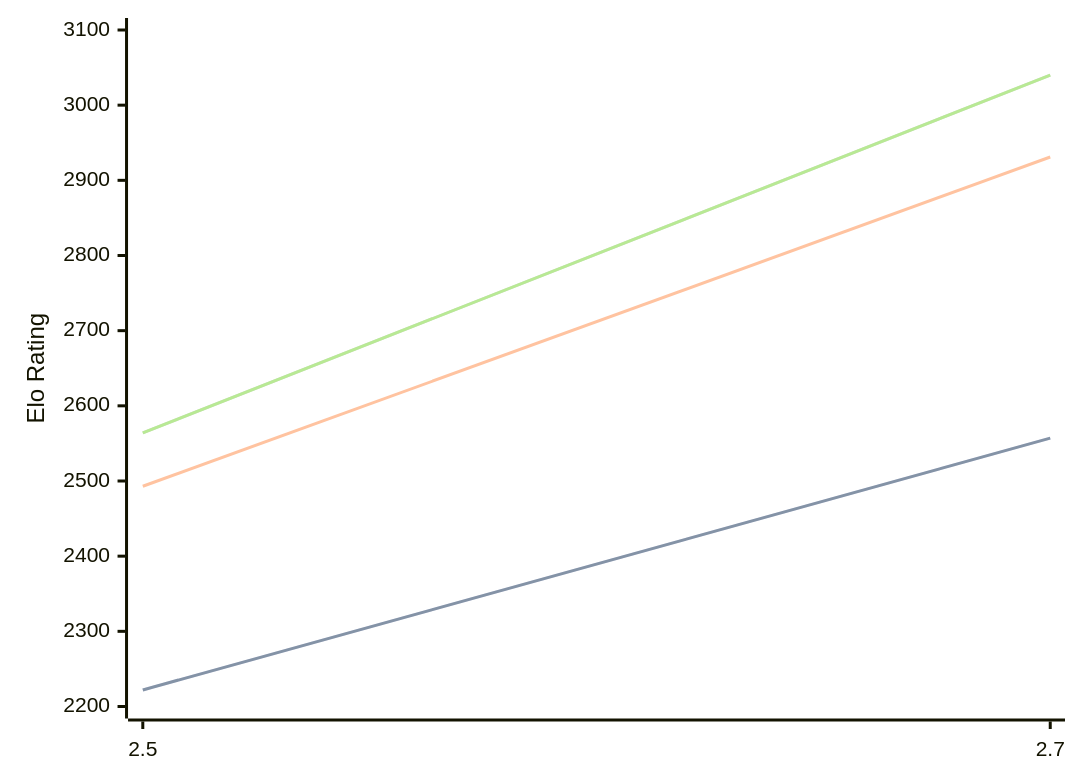
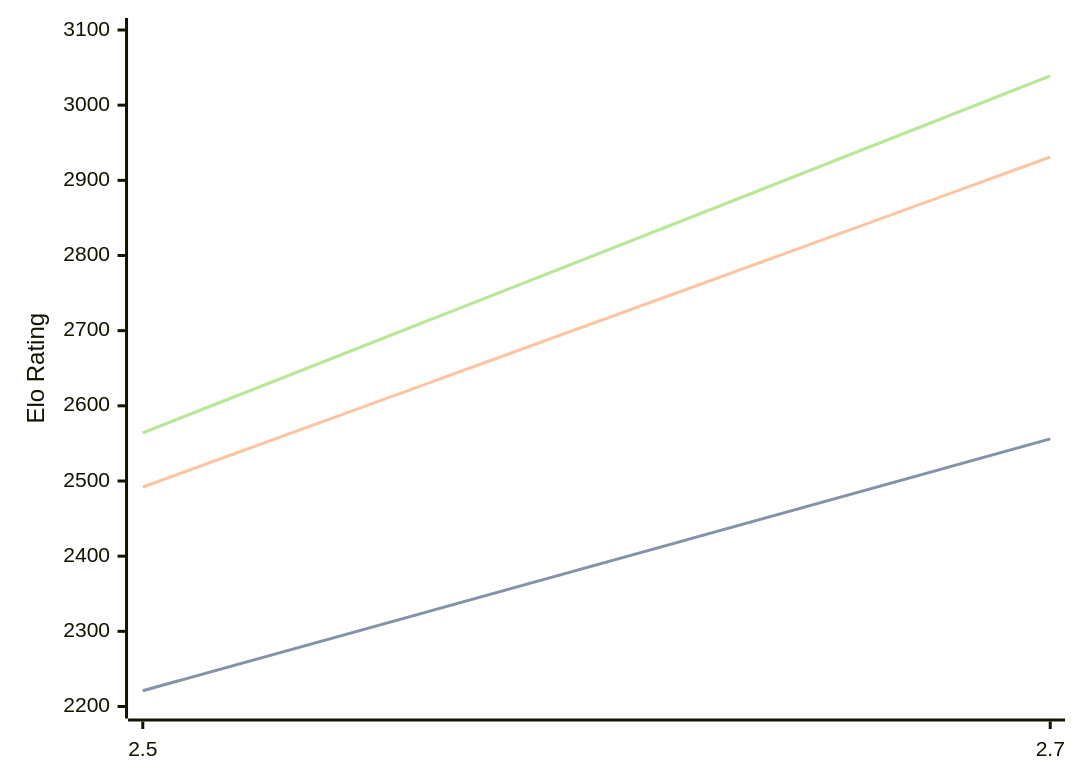
The diagram in engines/Zevra.md (computer-chess-index/cci), drawn with Mermaid before and after one commit. The commit also changed other lines of this file, not shown here.

Commit message:
Update CCI Ratings (ELO VLTC) - 2026-09-11

````diff
--- a/engines/Zevra.md
+++ b/engines/Zevra.md
@@ -32,11 +32,11 @@
 ```mermaid
 %%{init: {"theme":"base","themeVariables":{"seriesColors:['#a3a3a3','#222221','#faa371']}}}%%
 xychart-beta
   x-axis ["2.5", "2.7"]
   y-axis "Elo Rating" 2200 --> 3100
-  line "" [2222, 2557]
-  line "STC (8.0+0.08s)" [2222, 2557]
-  line "LTC (60.0+0.60s)" [2493, 2931]
-  line "" [2564, 3040]
-  line "VLTC (2m24s+1.12s)" [2564, 3040]
+  line "" [2221, 2556]
+  line "STC (8.0+0.08s)" [2221, 2556]
+  line "LTC (60.0+0.60s)" [2492, 2931]
+  line "" [2564, 3039]
+  line "VLTC (2m24s+1.12s)" [2564, 3039]
 ```
````
